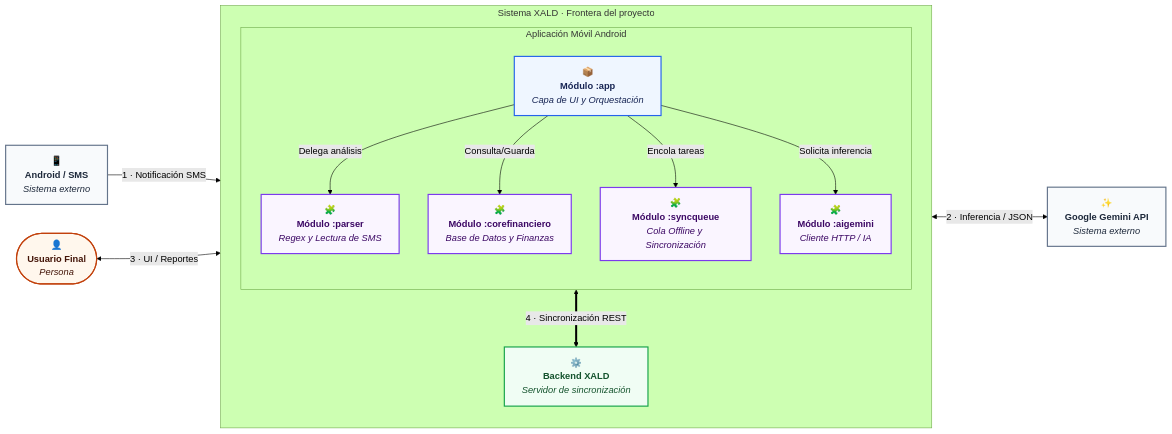
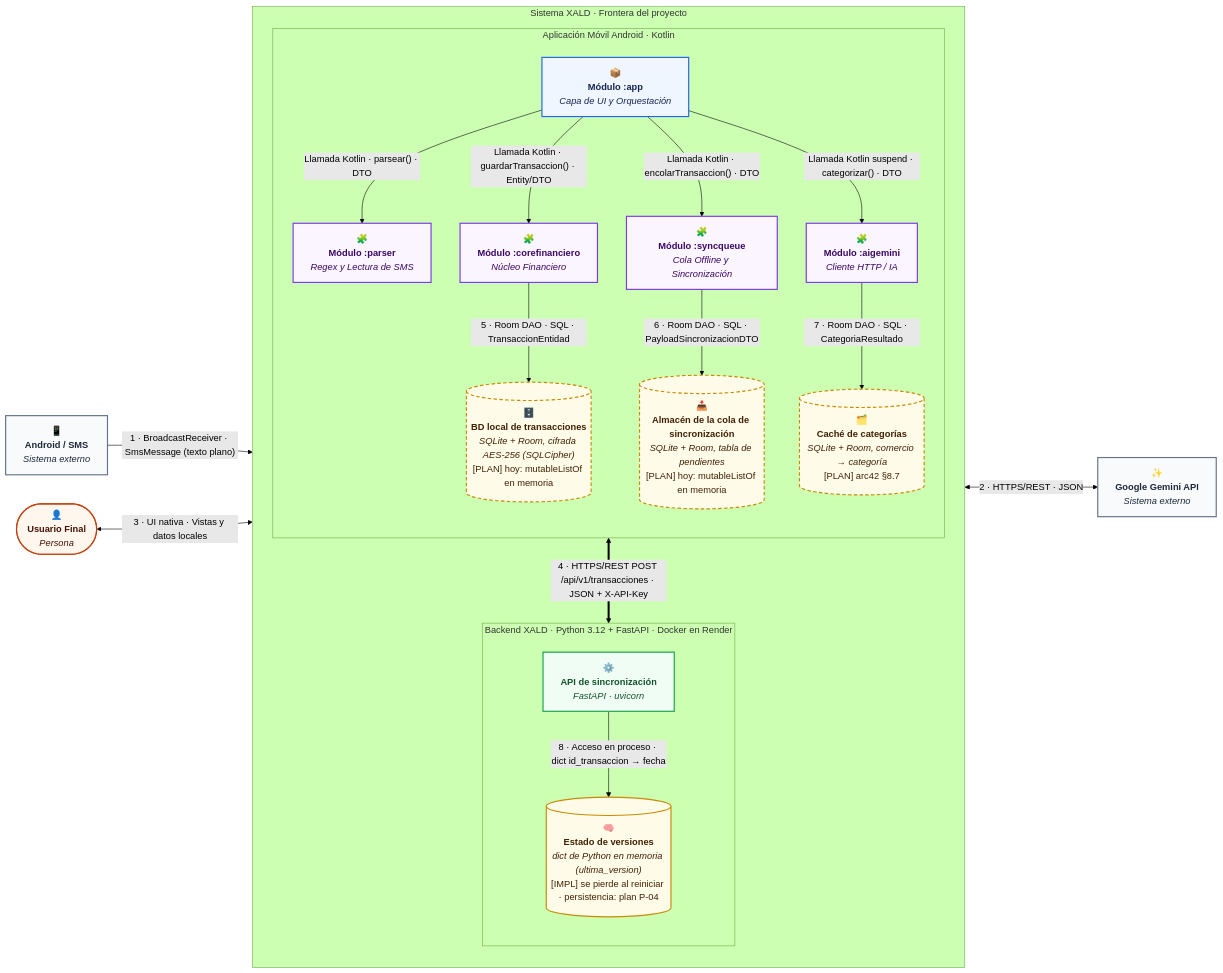
Before and after one commit to ISCOUTB/AS_202620_XALD: the second of 2 diagrams in docs/c4/c4.md, drawn with Mermaid (forest theme). The commit also changed other lines of this file, not shown here.

Commit message:
Refactor app_group and backend_group in C4 diagram

````diff
--- a/docs/c4/c4.md
+++ b/docs/c4/c4.md
@@ -81,43 +81,61 @@
 ```mermaid
 flowchart LR
     User(["👤<br/><b>Usuario Final</b><br/><i>Persona</i>"])
     Android["📱<br/><b>Android / SMS</b><br/><i>Sistema externo</i>"]
     Gemini["✨<br/><b>Google Gemini API</b><br/><i>Sistema externo</i>"]
 
     subgraph sistema["Sistema XALD · Frontera del proyecto"]
         direction TB
-        
-        subgraph app_group["Aplicación Móvil Android"]
+
+        subgraph app_group["Aplicación Móvil Android · Kotlin"]
             direction TB
             App["📦<br/><b>Módulo :app</b><br/><i>Capa de UI y Orquestación</i>"]
             Parser["🧩<br/><b>Módulo :parser</b><br/><i>Regex y Lectura de SMS</i>"]
-            Core["🧩<br/><b>Módulo :corefinanciero</b><br/><i>Base de Datos y Finanzas</i>"]
+            Core["🧩<br/><b>Módulo :corefinanciero</b><br/><i>Núcleo Financiero</i>"]
             Sync["🧩<br/><b>Módulo :syncqueue</b><br/><i>Cola Offline y Sincronización</i>"]
             AI["🧩<br/><b>Módulo :aigemini</b><br/><i>Cliente HTTP / IA</i>"]
+
+            DBLocal[("🗄️<br/><b>BD local de transacciones</b><br/><i>SQLite + Room, cifrada AES-256 (SQLCipher)</i><br/>[PLAN] hoy: mutableListOf en memoria")]
+            ColaLocal[("📥<br/><b>Almacén de la cola de sincronización</b><br/><i>SQLite + Room, tabla de pendientes</i><br/>[PLAN] hoy: mutableListOf en memoria")]
+            CacheCat[("🗂️<br/><b>Caché de categorías</b><br/><i>SQLite + Room, comercio → categoría</i><br/>[PLAN] arc42 §8.7")]
         end
 
-        Backend["⚙️<br/><b>Backend XALD</b><br/><i>Servidor de sincronización</i>"]
+        subgraph backend_group["Backend XALD · Python 3.12 + FastAPI · Docker en Render"]
+            direction TB
+            Backend["⚙️<br/><b>API de sincronización</b><br/><i>FastAPI · uvicorn</i>"]
+            Versiones[("🧠<br/><b>Estado de versiones</b><br/><i>dict de Python en memoria (ultima_version)</i><br/>[IMPL] se pierde al reiniciar · persistencia: plan P-04")]
+        end
 
-        App -->|"Delega análisis"| Parser
-        App -->|"Consulta/Guarda"| Core
-        App -->|"Encola tareas"| Sync
-        App -->|"Solicita inferencia"| AI
-        Sync <==>|"4 · Sincronización REST"| Backend
+        App -->|"Llamada Kotlin · parsear() · DTO"| Parser
+        App -->|"Llamada Kotlin · guardarTransaccion() · Entity/DTO"| Core
+        App -->|"Llamada Kotlin · encolarTransaccion() · DTO"| Sync
+        App -->|"Llamada Kotlin suspend · categorizar() · DTO"| AI
+
+        Core -->|"5 · Room DAO · SQL · TransaccionEntidad"| DBLocal
+        Sync -->|"6 · Room DAO · SQL · PayloadSincronizacionDTO"| ColaLocal
+        AI -->|"7 · Room DAO · SQL · CategoriaResultado"| CacheCat
+        Backend -->|"8 · Acceso en proceso · dict id_transaccion → fecha"| Versiones
+
+        Sync <==>|"4 · HTTPS/REST POST /api/v1/transacciones · JSON + X-API-Key"| Backend
     end
 
-    Android -->|"1 · Notificación SMS"| App
-    AI <-->|"2 · Inferencia / JSON"| Gemini
-    User <-->|"3 · UI / Reportes"| App
+    Android -->|"1 · BroadcastReceiver · SmsMessage (texto plano)"| App
+    AI <-->|"2 · HTTPS/REST · JSON"| Gemini
+    User <-->|"3 · UI nativa · Vistas y datos locales"| App
 
     classDef person fill:#fff7ed,stroke:#c2410c,stroke-width:2px,color:#431407
     classDef central fill:#eff6ff,stroke:#2563eb,stroke-width:2px,color:#172554
     classDef module fill:#faf5ff,stroke:#7c3aed,stroke-width:2px,color:#3b0764
     classDef backend fill:#f0fdf4,stroke:#16a34a,stroke-width:2px,color:#14532d
+    classDef store fill:#fefce8,stroke:#ca8a04,stroke-width:2px,color:#422006
+    classDef planned fill:#fefce8,stroke:#ca8a04,stroke-width:2px,stroke-dasharray:6 4,color:#422006
     classDef external fill:#f8fafc,stroke:#64748b,stroke-width:2px,color:#1e293b
 
     class User person
     class App central
     class Parser,Core,Sync,AI module
     class Backend backend
+    class Versiones store
+    class DBLocal,ColaLocal,CacheCat planned
     class Android,Gemini external
 ```
````
